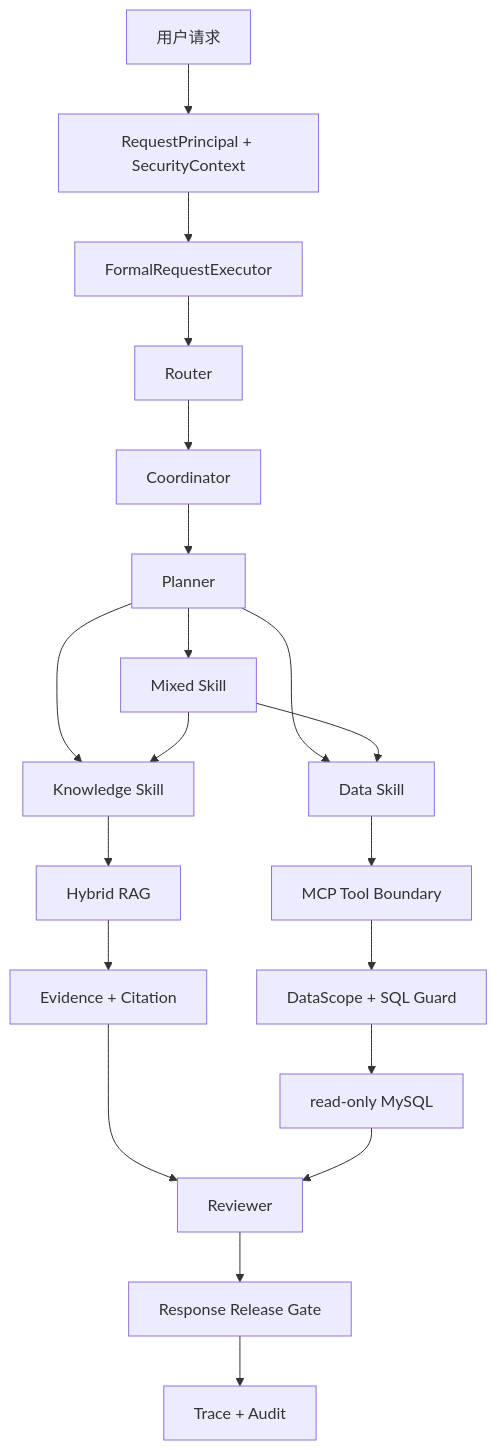
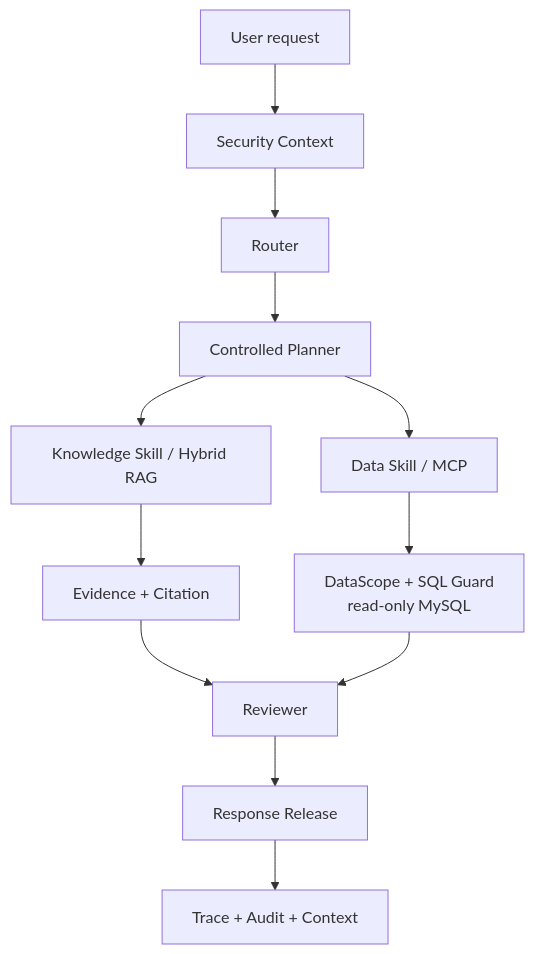
One commit to ccy777/Enterprise-Decision-Agent changed the diagram in README.md. Above: the diagram before and after it, drawn with Mermaid. The commit also changed other lines of this file, not shown here.

````diff
--- a/README.md
+++ b/README.md
@@ -59,22 +37,14 @@
 ```mermaid
 flowchart TD
-    U["用户请求"] --> S["RequestPrincipal + SecurityContext"]
-    S --> F["FormalRequestExecutor"]
-    F --> R["Router"]
-    R --> C["Coordinator"]
-    C --> P["Planner"]
-    P --> K["Knowledge Skill"]
-    P --> D["Data Skill"]
-    P --> M["Mixed Skill"]
-    K --> HR["Hybrid RAG"]
-    HR --> E["Evidence + Citation"]
-    D --> MCP["MCP Tool Boundary"]
-    MCP --> SQL["DataScope + SQL Guard"]
-    SQL --> DB["read-only MySQL"]
-    M --> K
-    M --> D
+    U["User request"] --> S["Security Context"]
+    S --> R["Router"]
+    R --> P["Controlled Planner"]
+    P --> K["Knowledge Skill / Hybrid RAG"]
+    P --> D["Data Skill / MCP"]
+    K --> E["Evidence + Citation"]
+    D --> G["DataScope + SQL Guard\nread-only MySQL"]
     E --> V["Reviewer"]
-    DB --> V
-    V --> G["Response Release Gate"]
-    G --> A["Trace + Audit"]
+    G --> V
+    V --> L["Response Release"]
+    L --> A["Trace + Audit + Context"]
 ```
````
